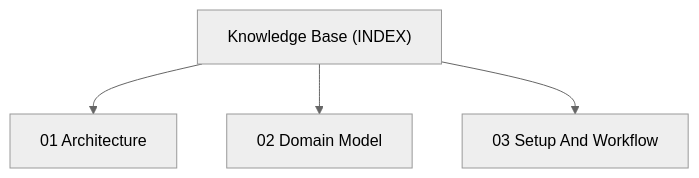
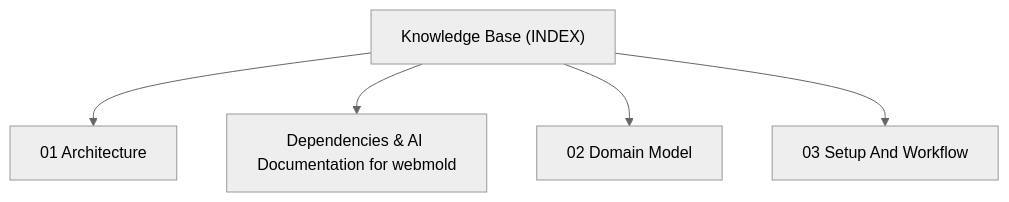
Before and after one commit to actdim/webmold: the diagram in docs/INDEX.md, drawn with Mermaid (neutral theme). The commit also changed other lines of this file and 18 other files, not shown here.

Commit message:
[task--sync-dependencies-and-version] sync dependencies documentation, ESLint config, and bump to v1.7.2

````diff
--- a/docs/INDEX.md
+++ b/docs/INDEX.md
@@ -17,10 +17,12 @@
 ```mermaid
 flowchart TD
     INDEX["Knowledge Base (INDEX)"]
     T_ARCHITECTURE["01 Architecture"]
     INDEX --> T_ARCHITECTURE
+    T_DEPENDENCIES["Dependencies & AI Documentation for webmold"]
+    INDEX --> T_DEPENDENCIES
     T_DOMAIN_MODEL["02 Domain Model"]
     INDEX --> T_DOMAIN_MODEL
     T_SETUP_AND_WORKFLOW["03 Setup And Workflow"]
     INDEX --> T_SETUP_AND_WORKFLOW
 ```
````
